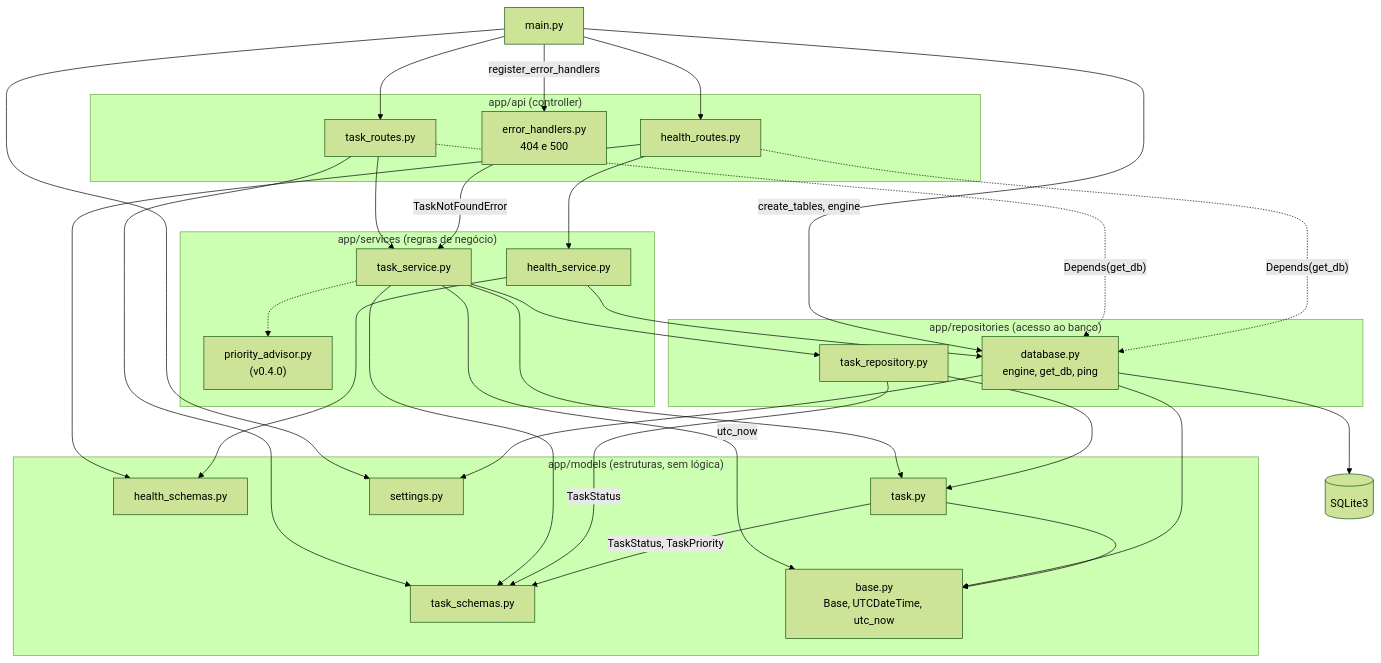
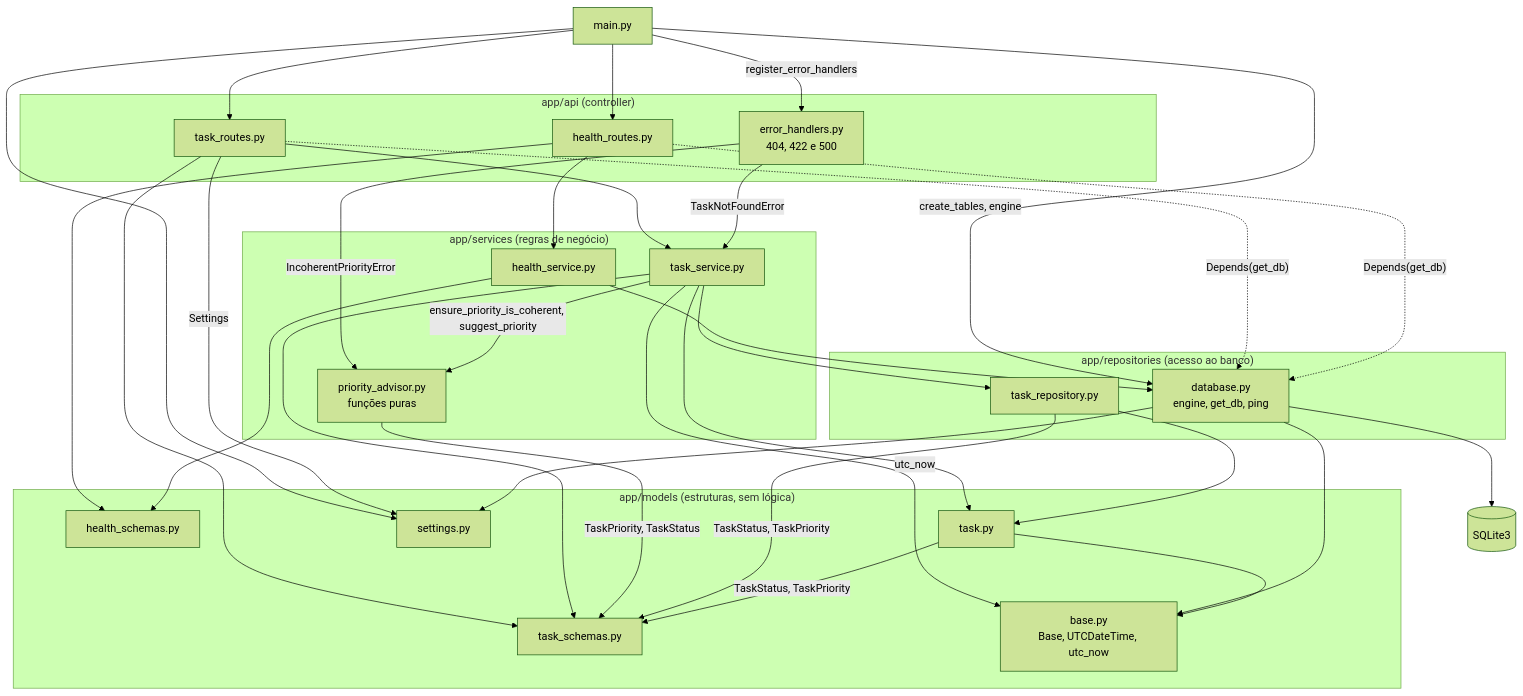
The first of 6 diagrams in docs/arquitetura.md (luisZsiqueira/laboratorio-projeto), drawn with Mermaid (forest theme) before and after one commit. The commit also changed other lines of this file and 8 other files, not shown here.

````diff
--- a/docs/arquitetura.md
+++ b/docs/arquitetura.md
@@ -23,62 +23,65 @@
 ```mermaid
 flowchart TD
     main["main.py"]
 
     subgraph api["app/api (controller)"]
         task_routes["task_routes.py"]
         health_routes["health_routes.py"]
-        error_handlers["error_handlers.py<br/>404 e 500"]
+        error_handlers["error_handlers.py<br/>404, 422 e 500"]
     end
 
     subgraph services["app/services (regras de negócio)"]
         task_service["task_service.py"]
-        priority_advisor["priority_advisor.py<br/>(v0.4.0)"]
+        priority_advisor["priority_advisor.py<br/>funções puras"]
         health_service["health_service.py"]
     end
 
     subgraph repositories["app/repositories (acesso ao banco)"]
         task_repository["task_repository.py"]
         database["database.py<br/>engine, get_db, ping"]
     end
 
     subgraph models["app/models (estruturas, sem lógica)"]
         task_schemas["task_schemas.py"]
         health_schemas["health_schemas.py"]
         task["task.py"]
         base["base.py<br/>Base, UTCDateTime, utc_now"]
         settings["settings.py"]
     end
 
     db[("SQLite3")]
 
     main --> task_routes
     main --> health_routes
     main -->|"create_tables, engine"| database
     main --> settings
     main -->|"register_error_handlers"| error_handlers
 
     task_routes --> task_service
     task_routes --> task_schemas
+    task_routes -->|"Settings"| settings
     health_routes --> health_service
     health_routes --> health_schemas
     task_routes -.->|"Depends(get_db)"| database
     health_routes -.->|"Depends(get_db)"| database
     error_handlers -->|"TaskNotFoundError"| task_service
+    error_handlers -->|"IncoherentPriorityError"| priority_advisor
 
-    task_service -.-> priority_advisor
+    task_service -->|"ensure_priority_is_coherent, suggest_priority"| priority_advisor
     task_service --> task_repository
     task_service --> task_schemas
     task_service --> task
     task_service -->|"utc_now"| base
+    priority_advisor -->|"TaskPriority, TaskStatus"| task_schemas
     health_service --> database
     health_service --> health_schemas
 
     task_repository --> task
-    task_repository -->|"TaskStatus"| task_schemas
+    task_repository -->|"TaskStatus, TaskPriority"| task_schemas
     database --> base
     database --> settings
     task --> base
     task -->|"TaskStatus, TaskPriority"| task_schemas
 
     database --> db
 ```
````
